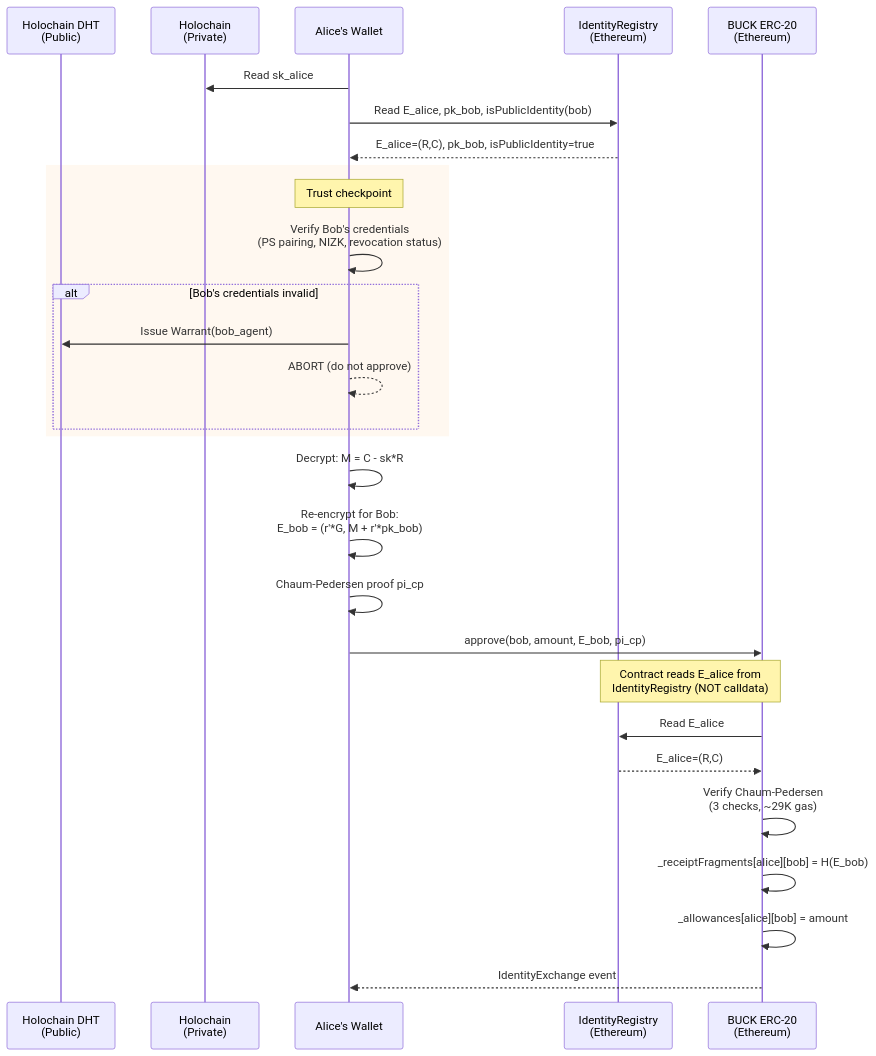
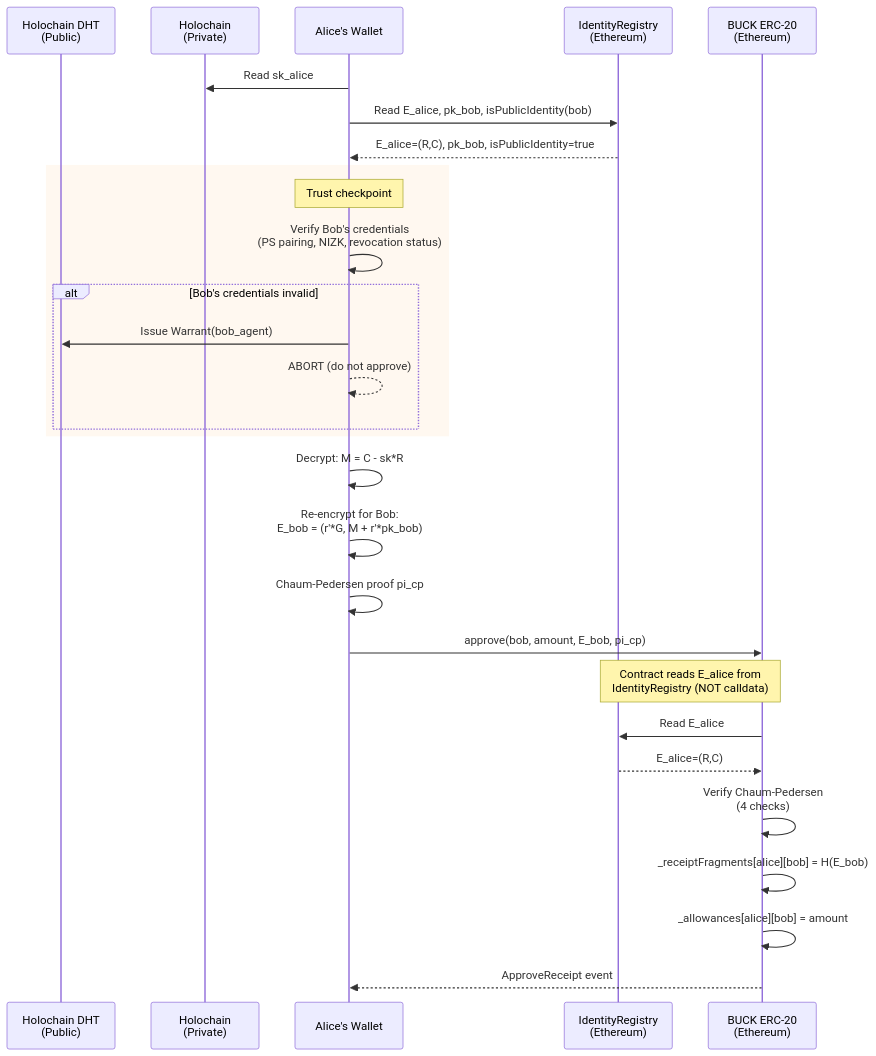
Before and after one commit to alberta-buck/alberta-buck: the second of 5 diagrams in alberta-buck-identity-example.org, drawn with Mermaid. The commit also changed other lines of this file and 6 other files, not shown here.

```diff
--- a/alberta-buck-identity-example.org
+++ b/alberta-buck-identity-example.org
@@ -153,36 +159,36 @@
    #+BEGIN_SRC mermaid :file ./images/approve-flow.png
    sequenceDiagram
        participant D as Holochain DHT<br/>(Public)
        participant P as Holochain<br/>(Private)
        participant W as Alice's Wallet
        participant IR as IdentityRegistry<br/>(Ethereum)
        participant B as BUCK ERC-20<br/>(Ethereum)
 
        W->>P: Read sk_alice
        W->>IR: Read E_alice, pk_bob, isPublicIdentity(bob)
        IR-->>W: E_alice=(R,C), pk_bob, isPublicIdentity=true
 
        rect rgb(255, 248, 240)
        Note over W: Trust checkpoint
        W->>W: Verify Bob's credentials<br/>(PS pairing, NIZK, revocation status)
        alt Bob's credentials invalid
            W->>D: Issue Warrant(bob_agent)
            W-->>W: ABORT (do not approve)
        end
        end
 
        W->>W: Decrypt: M = C - sk*R
        W->>W: Re-encrypt for Bob:<br/>E_bob = (r'*G, M + r'*pk_bob)
        W->>W: Chaum-Pedersen proof pi_cp
 
        W->>B: approve(bob, amount, E_bob, pi_cp)
 
        Note over B,IR: Contract reads E_alice from<br/>IdentityRegistry (NOT calldata)
        B->>IR: Read E_alice
        IR-->>B: E_alice=(R,C)
 
-       B->>B: Verify Chaum-Pedersen<br/>(3 checks, ~29K gas)
+       B->>B: Verify Chaum-Pedersen<br/>(4 checks)
        B->>B: _receiptFragments[alice][bob] = H(E_bob)
        B->>B: _allowances[alice][bob] = amount
-       B-->>W: IdentityExchange event
+       B-->>W: ApproveReceipt event
    #+END_SRC
```
